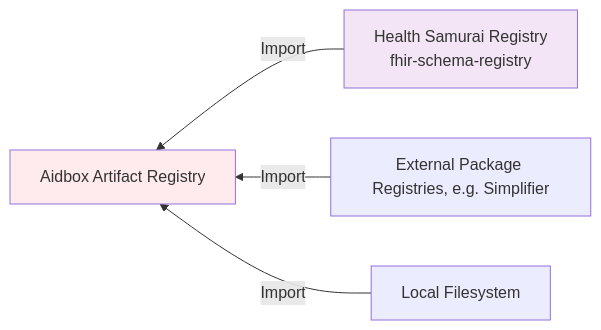
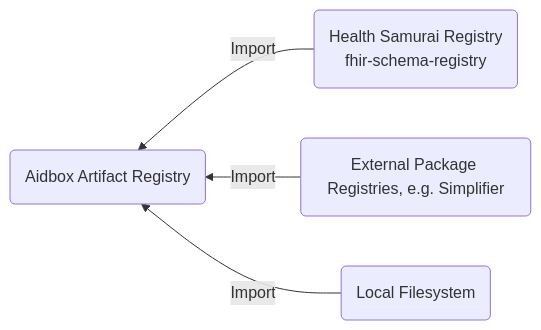
Before and after one commit to HealthSamurai/documentation: the third of 3 diagrams in docs/artifact-registry/artifact-registry-overview.md, drawn with Mermaid. The commit also changed other lines of this file and 11 other files, not shown here.

Commit message:
update mermaid diagrams

````diff
--- a/docs/artifact-registry/artifact-registry-overview.md
+++ b/docs/artifact-registry/artifact-registry-overview.md
@@ -115,16 +107,12 @@
 ```mermaid
 flowchart RL
-    A[Health Samurai Registry<br/>fhir-schema-registry]
-    B[External Package Registries, e.g. Simplifier]
-    C[Local Filesystem]
+    A(Health Samurai Registry<br/>fhir-schema-registry):::violet2
+    B(External Package Registries, e.g. Simplifier):::green1
+    C(Local Filesystem):::yellow1
     
-    E[Aidbox Artifact Registry]
+    E(Aidbox Artifact Registry):::red2
     
     A -->|Import| E
     B -->|Import| E
     C -->|Import| E
-
-    
-    style E fill:#ffebee
-    style A fill:#f3e5f5
 ```
````
